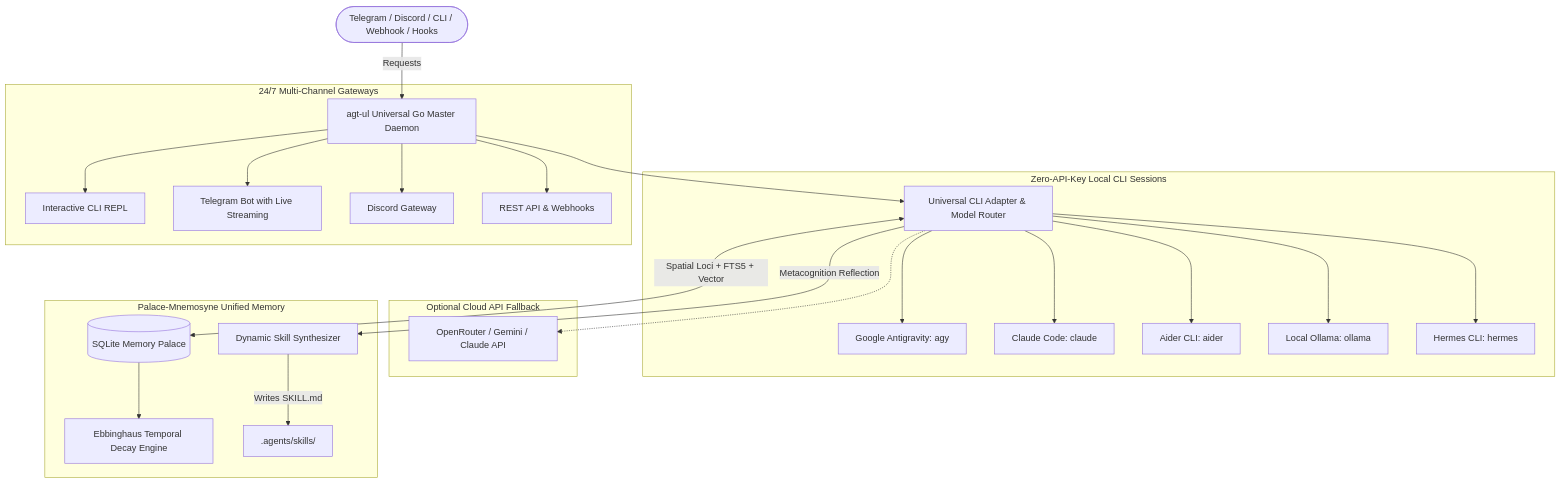
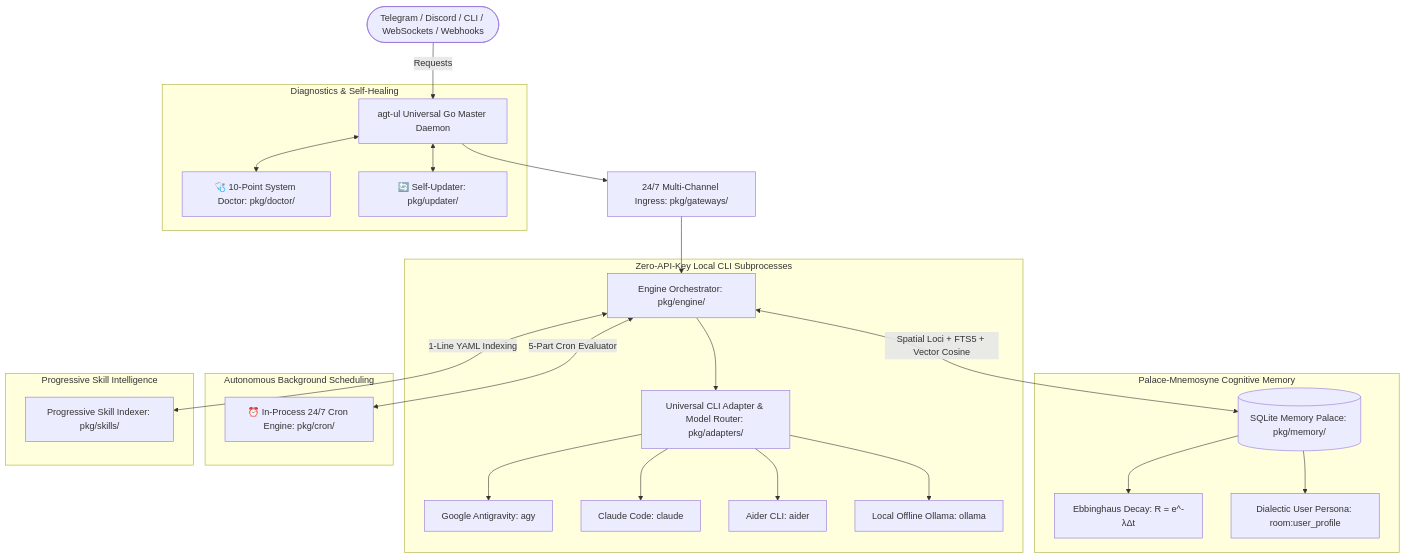
The diagram in README.md (subimpact/agent-unleashed), drawn with Mermaid before and after one commit. The commit also changed other lines of this file and 7 other files, not shown here.

````diff
--- a/README.md
+++ b/README.md
@@ -11,32 +26,34 @@
 ```mermaid
 graph TD
-    User([Telegram / Discord / CLI / Webhook / Hooks]) -->|Requests| Daemon[agt-ul Universal Go Master Daemon]
+    User([Telegram / Discord / CLI / WebSockets / Webhooks]) -->|Requests| Daemon[agt-ul Universal Go Master Daemon]
     
-    Daemon --> Router[Universal CLI Adapter & Model Router]
+    Daemon --> Ingress[24/7 Multi-Channel Ingress: pkg/gateways/]
+    Ingress --> Core[Engine Orchestrator: pkg/engine/]
 
-    subgraph Zero-API-Key Local CLI Sessions
+    subgraph Zero-API-Key Local CLI Subprocesses
+        Core --> Router[Universal CLI Adapter & Model Router: pkg/adapters/]
         Router --> Agy[Google Antigravity: agy]
         Router --> Claude[Claude Code: claude]
         Router --> Aider[Aider CLI: aider]
-        Router --> Ollama[Local Ollama: ollama]
-        Router --> Hermes[Hermes CLI: hermes]
+        Router --> Ollama[Local Offline Ollama: ollama]
     end
 
-    subgraph Optional Cloud API Fallback
-        Router -.-> CloudAPI[OpenRouter / Gemini / Claude API]
+    subgraph Palace-Mnemosyne Cognitive Memory
+        Core <-->|Spatial Loci + FTS5 + Vector Cosine| Palace[(SQLite Memory Palace: pkg/memory/)]
+        Palace --> Decay[Ebbinghaus Decay: R = e^-λΔt]
+        Palace --> Profile[Dialectic User Persona: room:user_profile]
     end
 
-    subgraph Palace-Mnemosyne Unified Memory
-        Router <-->|Spatial Loci + FTS5 + Vector| Palace[(SQLite Memory Palace)]
-        Palace --> Decay[Ebbinghaus Temporal Decay Engine]
-        Router -->|Metacognition Reflection| Synthesizer[Dynamic Skill Synthesizer]
-        Synthesizer -->|Writes SKILL.md| SkillsRepo[.agents/skills/]
+    subgraph Autonomous Background Scheduling
+        Core <-->|5-Part Cron Evaluator| CronEngine[⏰ In-Process 24/7 Cron Engine: pkg/cron/]
     end
 
-    subgraph 24/7 Multi-Channel Gateways
-        Daemon --> CLI_GW[Interactive CLI REPL]
-        Daemon --> TG_GW[Telegram Bot with Live Streaming]
-        Daemon --> DC_GW[Discord Gateway]
-        Daemon --> REST_GW[REST API & Webhooks]
+    subgraph Progressive Skill Intelligence
+        Core <-->|1-Line YAML Indexing| SkillIndexer[Progressive Skill Indexer: pkg/skills/]
+    end
+
+    subgraph Diagnostics & Self-Healing
+        Daemon <--> Doctor[🩺 10-Point System Doctor: pkg/doctor/]
+        Daemon <--> Updater[🔄 Self-Updater: pkg/updater/]
     end
 ```
````
